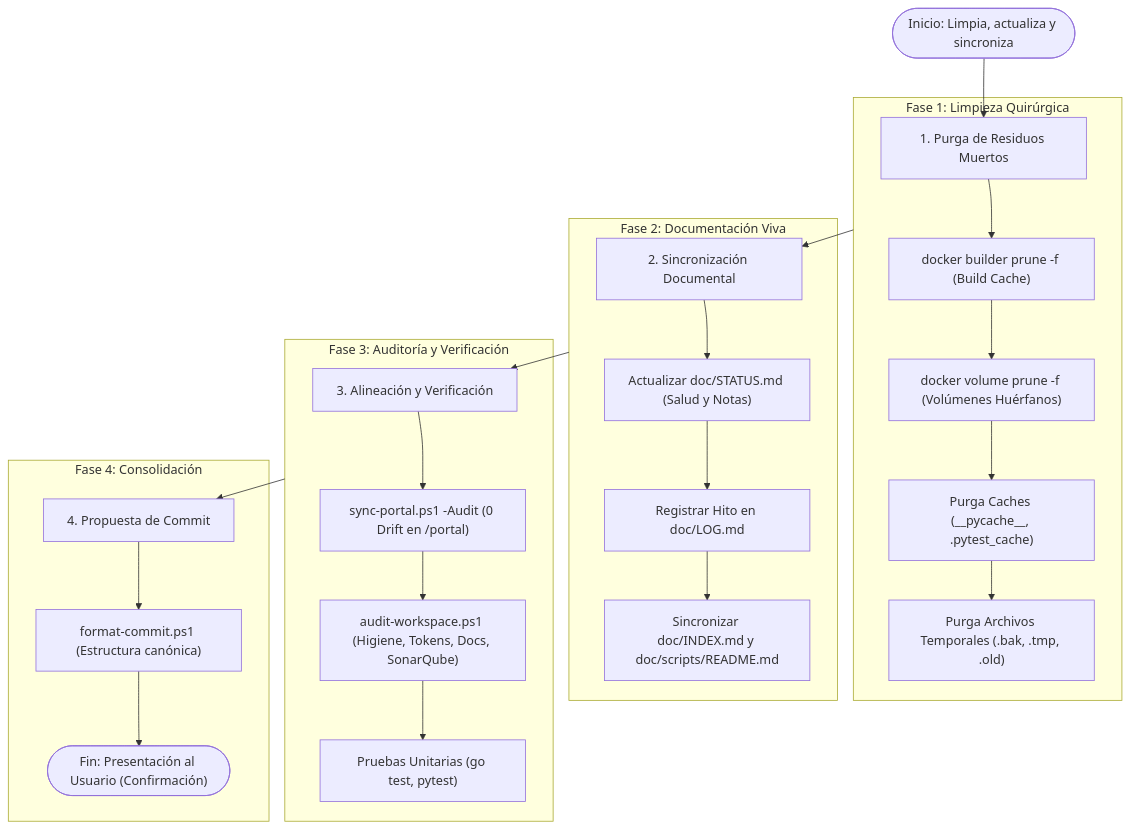
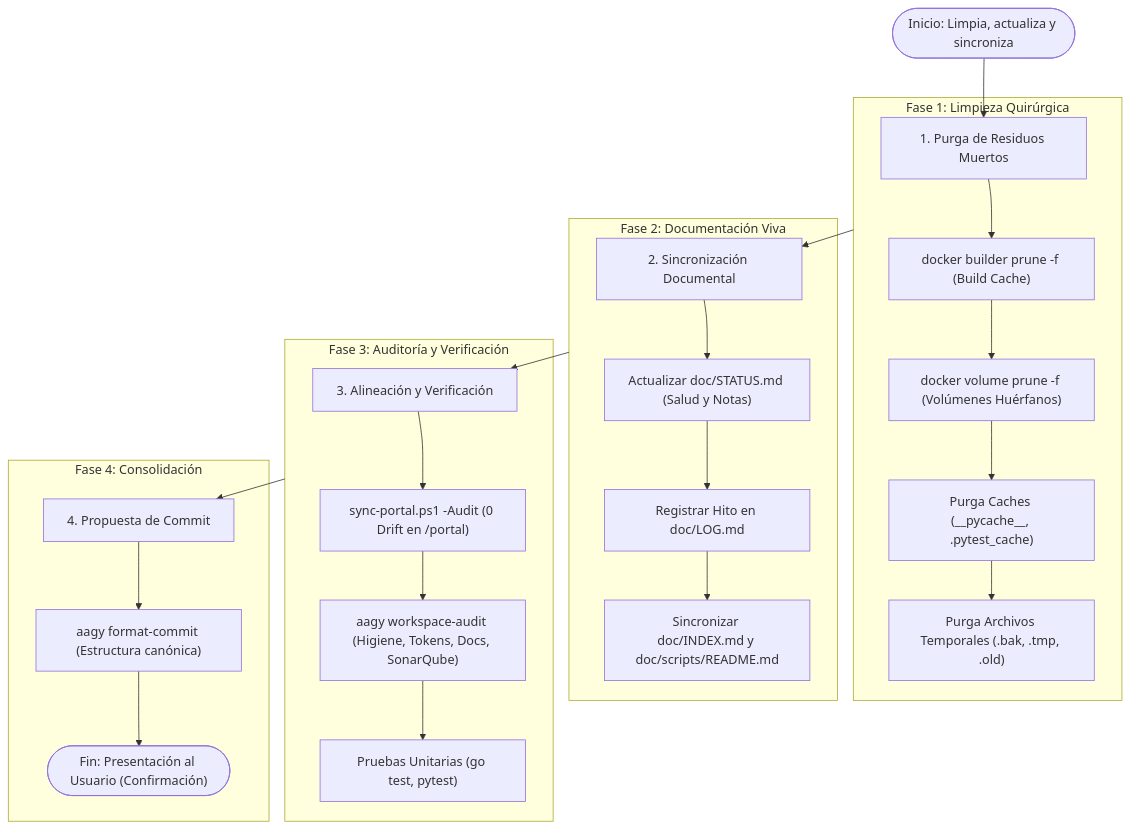
One commit to ACB75/aagy changed the diagram in doc/03-domain-and-flows/dgrms/DGRM_aagy_sync_clean_align_flow.mmd. Above: the diagram before and after it, drawn with Mermaid. The commit also changed 148 other files, not shown here.

```diff
--- a/doc/03-domain-and-flows/dgrms/DGRM_aagy_sync_clean_align_flow.mmd
+++ b/doc/03-domain-and-flows/dgrms/DGRM_aagy_sync_clean_align_flow.mmd
@@ -1,32 +1,32 @@
 flowchart TD
     Start(["Inicio: Limpia, actualiza y sincroniza"]) --> P1["1. Purga de Residuos Muertos"]
     
     subgraph Purga["Fase 1: Limpieza Quirúrgica"]
         P1 --> D1["docker builder prune -f (Build Cache)"]
         D1 --> D2["docker volume prune -f (Volúmenes Huérfanos)"]
         D2 --> FS1["Purga Caches (__pycache__, .pytest_cache)"]
         FS1 --> FS2["Purga Archivos Temporales (.bak, .tmp, .old)"]
     end
 
     Purga --> P2["2. Sincronización Documental"]
 
     subgraph Documentacion["Fase 2: Documentación Viva"]
         P2 --> DOC1["Actualizar doc/STATUS.md (Salud y Notas)"]
         DOC1 --> DOC2["Registrar Hito en doc/LOG.md"]
         DOC2 --> DOC3["Sincronizar doc/INDEX.md y doc/scripts/README.md"]
     end
 
     Documentacion --> P3["3. Alineación y Verificación"]
 
     subgraph Verificacion["Fase 3: Auditoría y Verificación"]
         P3 --> V1["sync-portal.ps1 -Audit (0 Drift en /portal)"]
-        V1 --> V2["audit-workspace.ps1 (Higiene, Tokens, Docs, SonarQube)"]
+        V1 --> V2["aagy workspace-audit (Higiene, Tokens, Docs, SonarQube)"]
         V2 --> V3["Pruebas Unitarias (go test, pytest)"]
     end
 
     Verificacion --> P4["4. Propuesta de Commit"]
 
     subgraph Commit["Fase 4: Consolidación"]
-        P4 --> C1["format-commit.ps1 (Estructura canónica)"]
+        P4 --> C1["aagy format-commit (Estructura canónica)"]
         C1 --> End(["Fin: Presentación al Usuario (Confirmación)"])
     end
```
